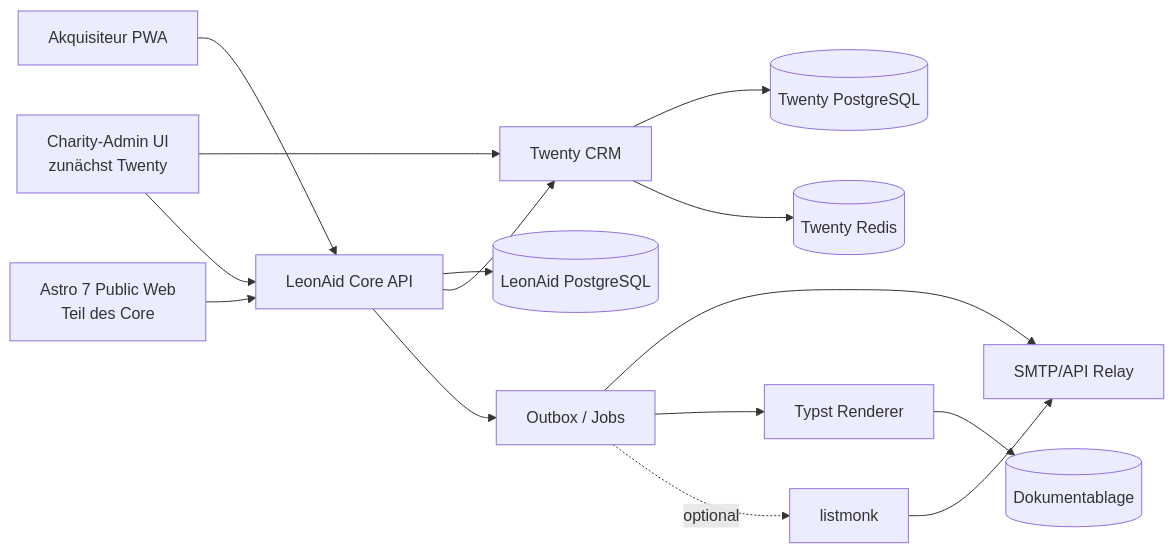
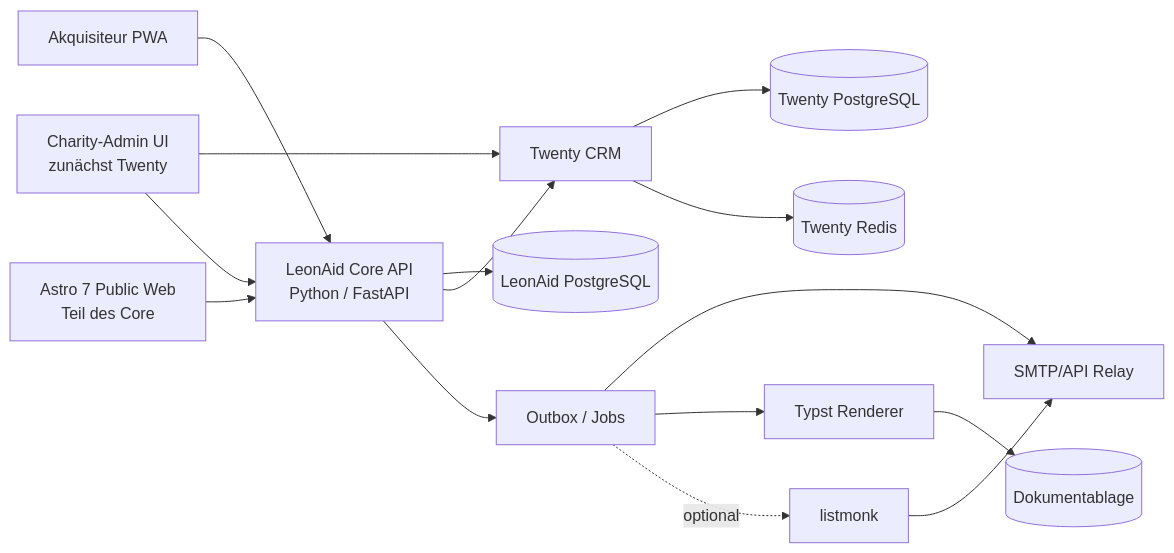
Before and after one commit to BjoernSchotte/leonaid: the second of 2 diagrams in specs/produkt-und-architekturvorschlag.md, drawn with Mermaid. The commit also changed other lines of this file, not shown here.

Commit message:
Define FastAPI core and future AI extension

````diff
--- a/specs/produkt-und-architekturvorschlag.md
+++ b/specs/produkt-und-architekturvorschlag.md
@@ -662,20 +663,20 @@
 ```mermaid
 flowchart LR
-    A["Akquisiteur PWA"] --> API["LeonAid Core API"]
+    A["Akquisiteur PWA"] --> API["LeonAid Core API<br/>Python / FastAPI"]
     CA["Charity-Admin UI<br/>zunächst Twenty"] --> T["Twenty CRM"]
     CA --> API
     PUB["Astro 7 Public Web<br/>Teil des Core"] --> API
 
     API --> CORE[("LeonAid PostgreSQL")]
     API --> T
     API --> OUT["Outbox / Jobs"]
     OUT --> MAIL["SMTP/API Relay"]
     OUT --> PDF["Typst Renderer"]
     PDF --> OBJ[("Dokumentablage")]
 
     OUT -. "optional" .-> LM["listmonk"]
     LM --> MAIL
 
     T --> TDB[("Twenty PostgreSQL")]
     T --> REDIS[("Twenty Redis")]
 ```
````
